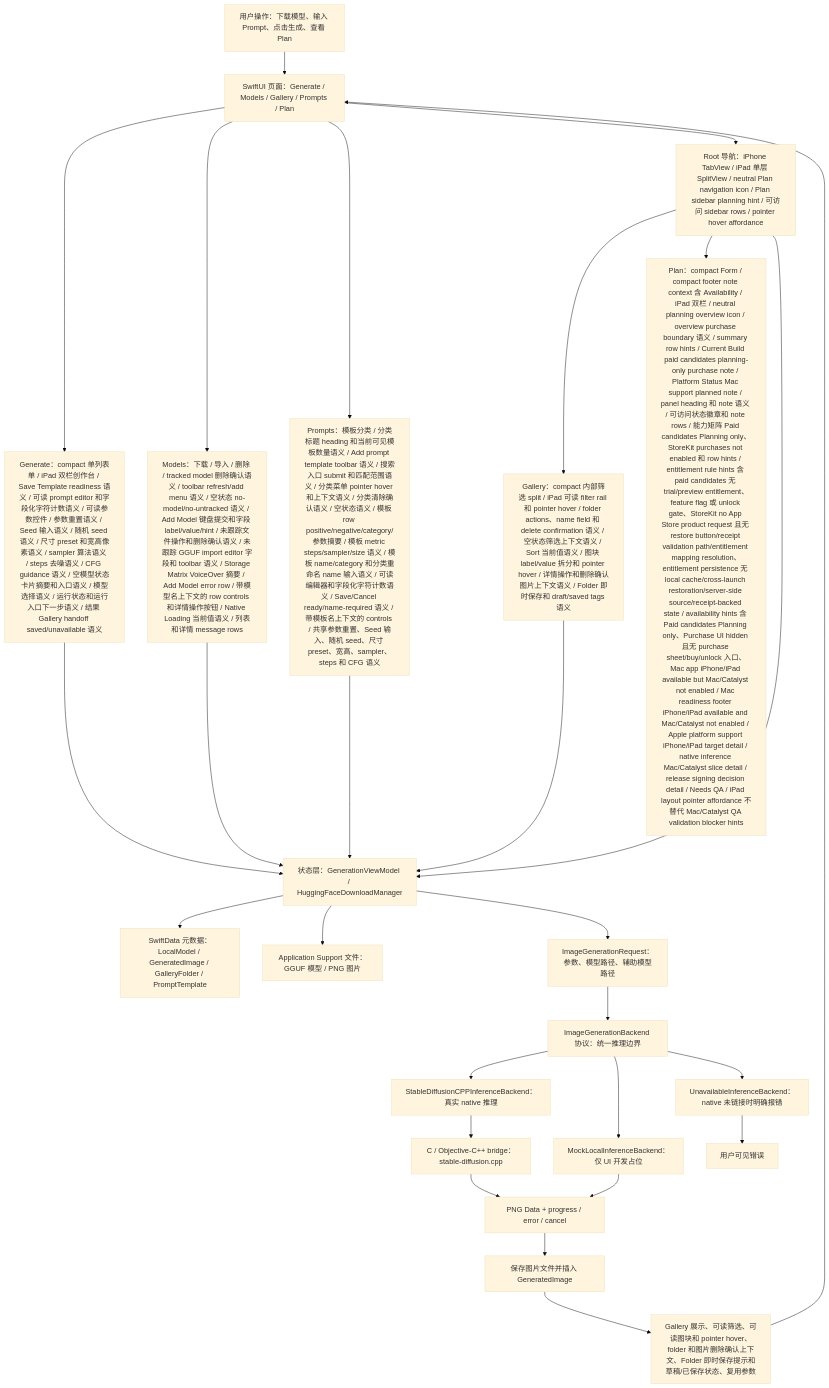
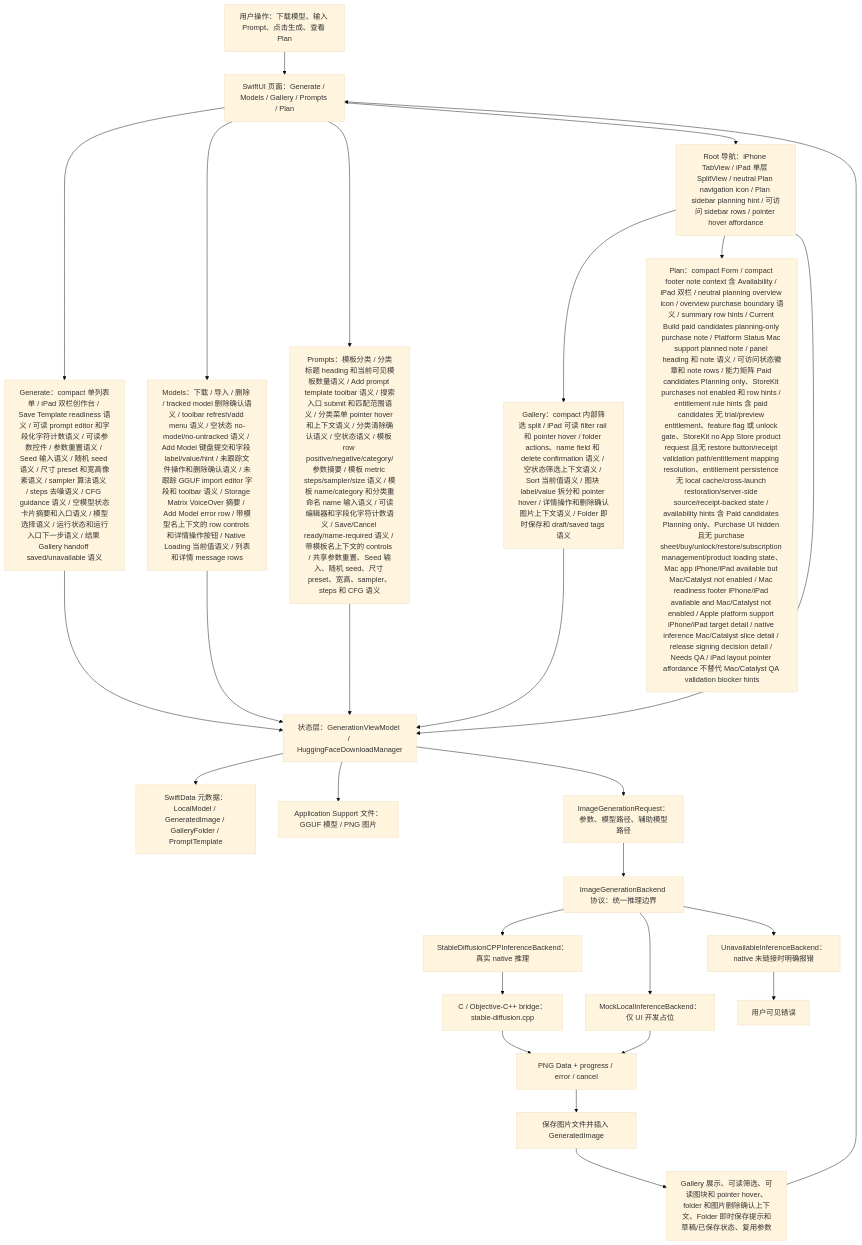
The first of 7 diagrams in md/flow/flowchart.md (Altman-sam114/118), drawn with Mermaid (base theme) before and after one commit. The commit also changed 5 other files, not shown here.

First line of the commit message:
v1.115: Plan Purchase UI boundary

````diff
--- a/md/flow/flowchart.md
+++ b/md/flow/flowchart.md
@@ -9,29 +9,29 @@
 ```mermaid
 flowchart TD
   U["用户操作：下载模型、输入 Prompt、点击生成、查看 Plan"] --> UI["SwiftUI 页面：Generate / Models / Gallery / Prompts / Plan"]
   UI --> GENUI["Generate：compact 单列表单 / iPad 双栏创作台 / Save Template readiness 语义 / 可读 prompt editor 和字段化字符计数语义 / 可读参数控件 / 参数重置语义 / Seed 输入语义 / 随机 seed 语义 / 尺寸 preset 和宽高像素语义 / sampler 算法语义 / steps 去噪语义 / CFG guidance 语义 / 空模型状态卡片摘要和入口语义 / 模型选择语义 / 运行状态和运行入口下一步语义 / 结果 Gallery handoff saved/unavailable 语义"]
   UI --> MODELUI["Models：下载 / 导入 / 删除 / tracked model 删除确认语义 / toolbar refresh/add menu 语义 / 空状态 no-model/no-untracked 语义 / Add Model 键盘提交和字段 label/value/hint / 未跟踪文件操作和删除确认语义 / 未跟踪 GGUF import editor 字段和 toolbar 语义 / Storage Matrix VoiceOver 摘要 / Add Model error row / 带模型名上下文的 row controls 和详情操作按钮 / Native Loading 当前值语义 / 列表和详情 message rows"]
   UI --> PROMPTUI["Prompts：模板分类 / 分类标题 heading 和当前可见模板数量语义 / Add prompt template toolbar 语义 / 搜索入口 submit 和匹配范围语义 / 分类菜单 pointer hover 和上下文语义 / 分类清除确认语义 / 空状态语义 / 模板 row positive/negative/category/参数摘要 / 模板 metric steps/sampler/size 语义 / 模板 name/category 和分类重命名 name 输入语义 / 可读编辑器和字段化字符计数语义 / Save/Cancel ready/name-required 语义 / 带模板名上下文的 controls / 共享参数重置、Seed 输入、随机 seed、尺寸 preset、宽高、sampler、steps 和 CFG 语义"]
   UI --> NAV["Root 导航：iPhone TabView / iPad 单层 SplitView / neutral Plan navigation icon / Plan sidebar planning hint / 可访问 sidebar rows / pointer hover affordance"]
   NAV --> GALUI["Gallery：compact 内部筛选 split / iPad 可读 filter rail 和 pointer hover / folder actions、name field 和 delete confirmation 语义 / 空状态筛选上下文语义 / Sort 当前值语义 / 图块 label/value 拆分和 pointer hover / 详情操作和删除确认图片上下文语义 / Folder 即时保存和 draft/saved tags 语义"]
-  NAV --> PLANUI["Plan：compact Form / compact footer note context 含 Availability / iPad 双栏 / neutral planning overview icon / overview purchase boundary 语义 / summary row hints / Current Build paid candidates planning-only purchase note / Platform Status Mac support planned note / panel heading 和 note 语义 / 可访问状态徽章和 note rows / 能力矩阵 Paid candidates Planning only、StoreKit purchases not enabled 和 row hints / entitlement rule hints 含 paid candidates 无 trial/preview entitlement、feature flag 或 unlock gate、StoreKit no App Store product request 且无 restore button/receipt validation path/entitlement mapping resolution、entitlement persistence 无 local cache/cross-launch restoration/server-side source/receipt-backed state / availability hints 含 Paid candidates Planning only、Purchase UI hidden 且无 purchase sheet/buy/unlock 入口、Mac app iPhone/iPad available but Mac/Catalyst not enabled / Mac readiness footer iPhone/iPad available and Mac/Catalyst not enabled / Apple platform support iPhone/iPad target detail / native inference Mac/Catalyst slice detail / release signing decision detail / Needs QA / iPad layout pointer affordance 不替代 Mac/Catalyst QA validation blocker hints"]
+  NAV --> PLANUI["Plan：compact Form / compact footer note context 含 Availability / iPad 双栏 / neutral planning overview icon / overview purchase boundary 语义 / summary row hints / Current Build paid candidates planning-only purchase note / Platform Status Mac support planned note / panel heading 和 note 语义 / 可访问状态徽章和 note rows / 能力矩阵 Paid candidates Planning only、StoreKit purchases not enabled 和 row hints / entitlement rule hints 含 paid candidates 无 trial/preview entitlement、feature flag 或 unlock gate、StoreKit no App Store product request 且无 restore button/receipt validation path/entitlement mapping resolution、entitlement persistence 无 local cache/cross-launch restoration/server-side source/receipt-backed state / availability hints 含 Paid candidates Planning only、Purchase UI hidden 且无 purchase sheet/buy/unlock/restore/subscription management/product loading state、Mac app iPhone/iPad available but Mac/Catalyst not enabled / Mac readiness footer iPhone/iPad available and Mac/Catalyst not enabled / Apple platform support iPhone/iPad target detail / native inference Mac/Catalyst slice detail / release signing decision detail / Needs QA / iPad layout pointer affordance 不替代 Mac/Catalyst QA validation blocker hints"]
   NAV --> VM["状态层：GenerationViewModel / HuggingFaceDownloadManager"]
   GENUI --> VM
   MODELUI --> VM
   PROMPTUI --> VM
   GALUI --> VM
   VM --> SD["SwiftData 元数据：LocalModel / GeneratedImage / GalleryFolder / PromptTemplate"]
   VM --> FS["Application Support 文件：GGUF 模型 / PNG 图片"]
   VM --> REQ["ImageGenerationRequest：参数、模型路径、辅助模型路径"]
   REQ --> IFACE["ImageGenerationBackend 协议：统一推理边界"]
   IFACE --> NATIVE["StableDiffusionCPPInferenceBackend：真实 native 推理"]
   IFACE --> MOCK["MockLocalInferenceBackend：仅 UI 开发占位"]
   IFACE --> OFF["UnavailableInferenceBackend：native 未链接时明确报错"]
   NATIVE --> BRIDGE["C / Objective-C++ bridge：stable-diffusion.cpp"]
   BRIDGE --> PNG["PNG Data + progress / error / cancel"]
   MOCK --> PNG
   OFF --> ERR["用户可见错误"]
   PNG --> SAVE["保存图片文件并插入 GeneratedImage"]
   SAVE --> GALLERY["Gallery 展示、可读筛选、可读图块和 pointer hover、folder 和图片删除确认上下文、Folder 即时保存提示和草稿/已保存状态、复用参数"]
   GALLERY --> UI
 ```
````
